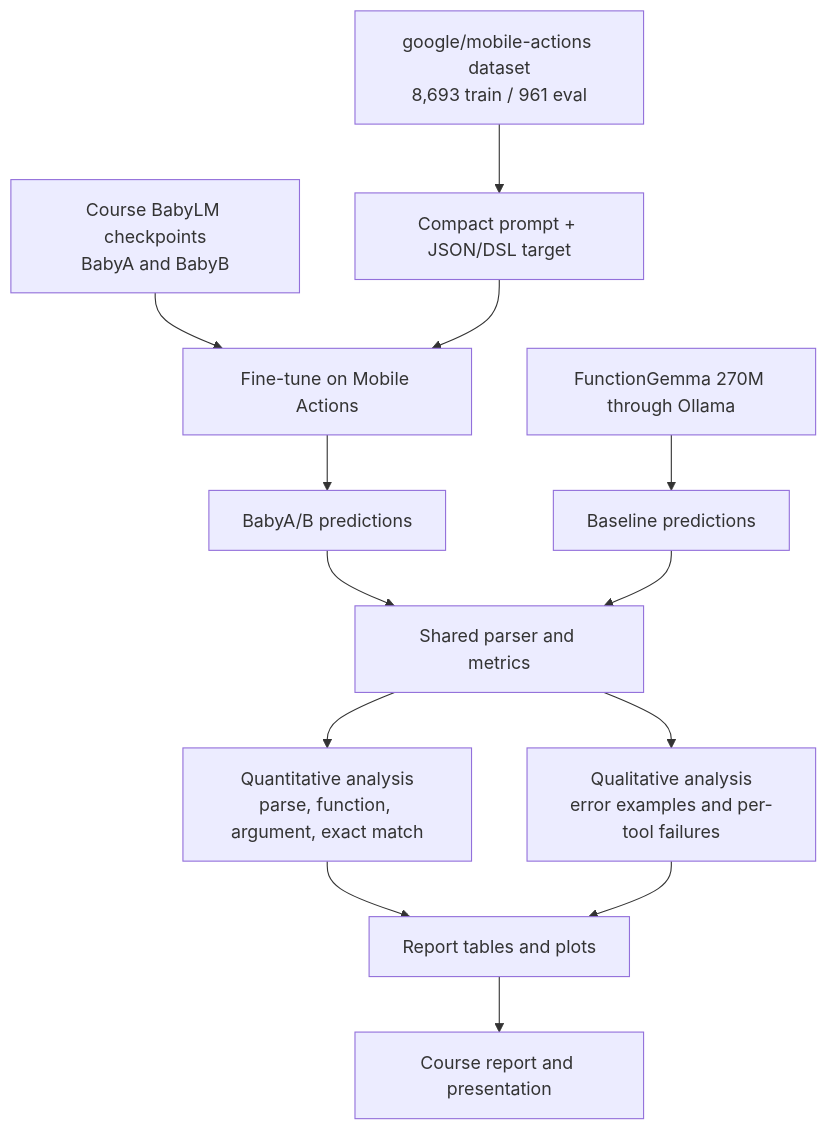
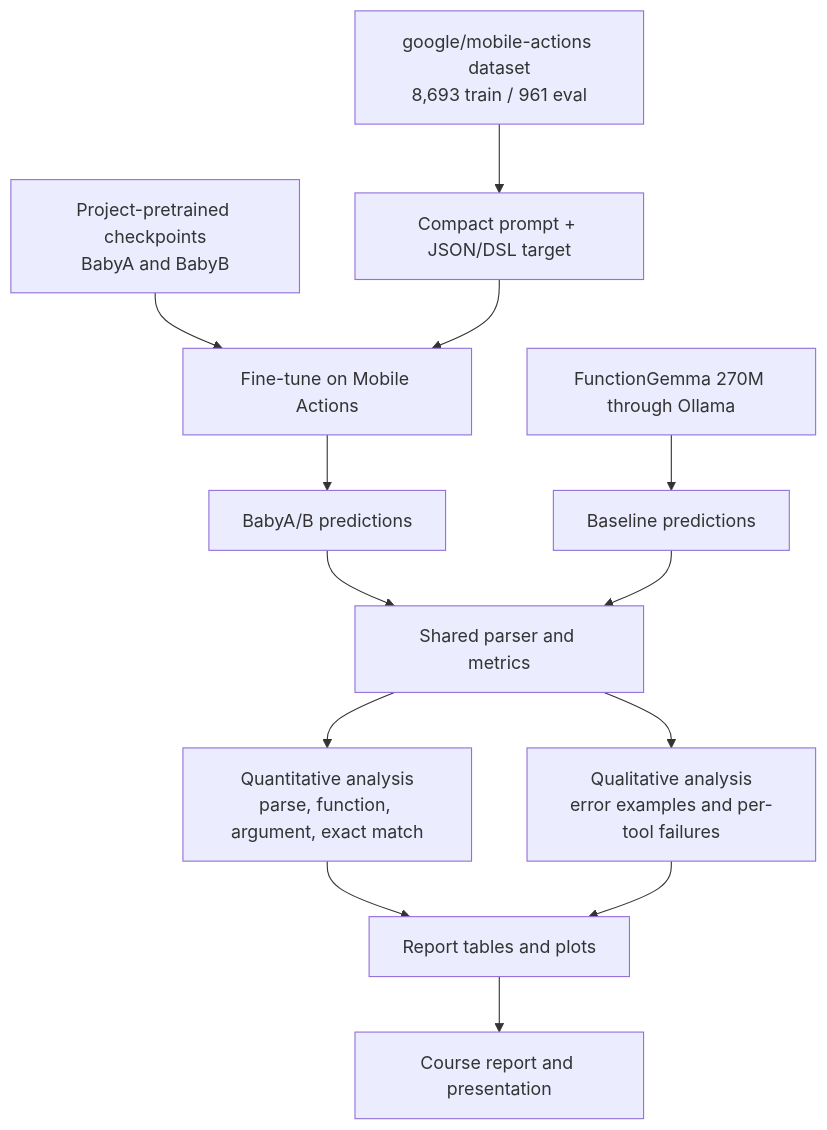
The diagram in docs/project_flow.md (pragnesh-gh/baby-action-lm), drawn with Mermaid before and after one commit. The commit also changed 5 other files, not shown here.

````diff
--- a/docs/project_flow.md
+++ b/docs/project_flow.md
@@ -17,15 +17,15 @@
 ```mermaid
 flowchart TD
-    A["Course BabyLM checkpoints<br/>BabyA and BabyB"] --> D["Fine-tune on Mobile Actions"]
+    A["Project-pretrained checkpoints<br/>BabyA and BabyB"] --> D["Fine-tune on Mobile Actions"]
     B["google/mobile-actions dataset<br/>8,693 train / 961 eval"] --> C["Compact prompt + JSON/DSL target"]
     C --> D
     D --> E["BabyA/B predictions"]
     F["FunctionGemma 270M through Ollama"] --> G["Baseline predictions"]
     E --> H["Shared parser and metrics"]
     G --> H
     H --> I["Quantitative analysis<br/>parse, function, argument, exact match"]
     H --> J["Qualitative analysis<br/>error examples and per-tool failures"]
     I --> K["Report tables and plots"]
     J --> K
     K --> L["Course report and presentation"]
 ```
````
